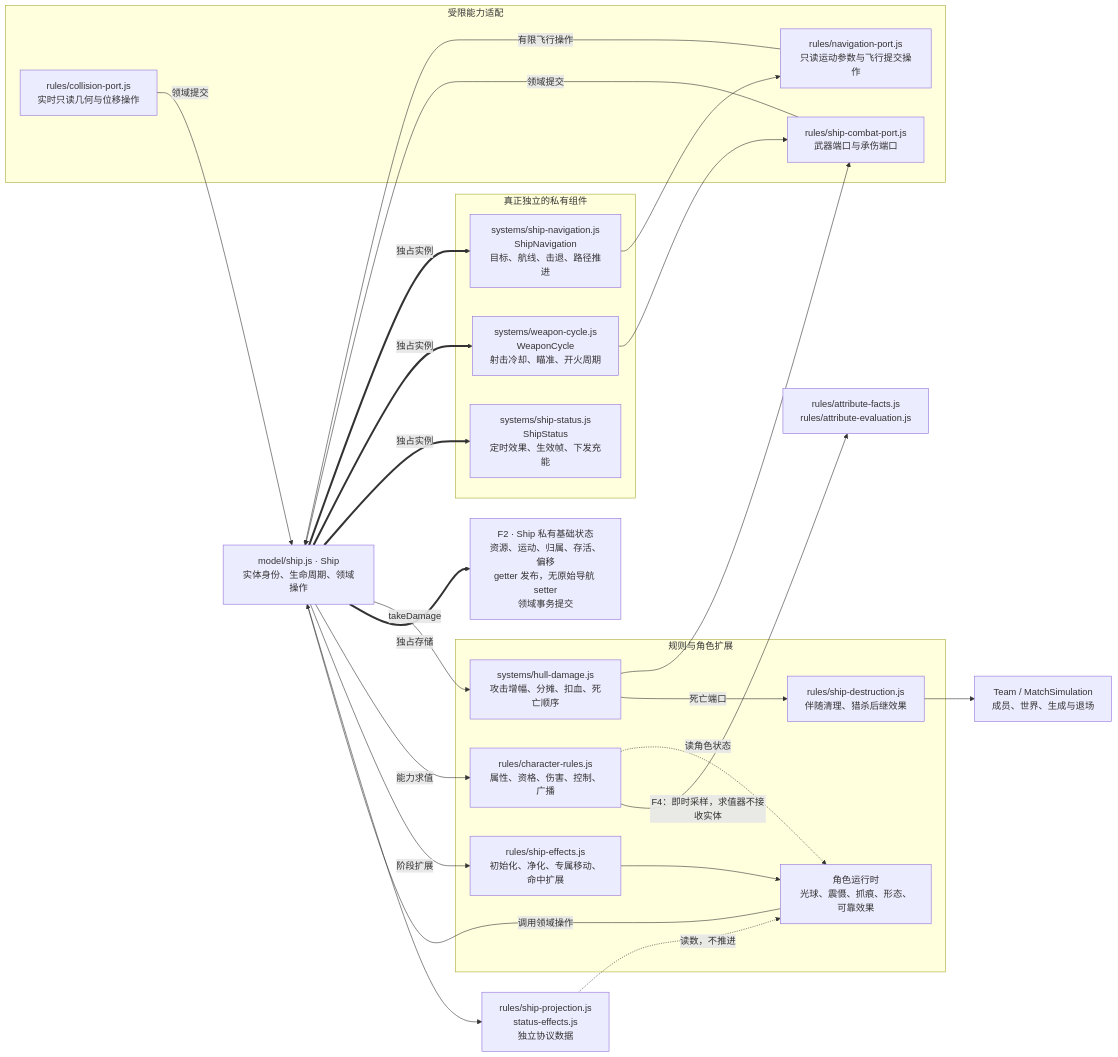
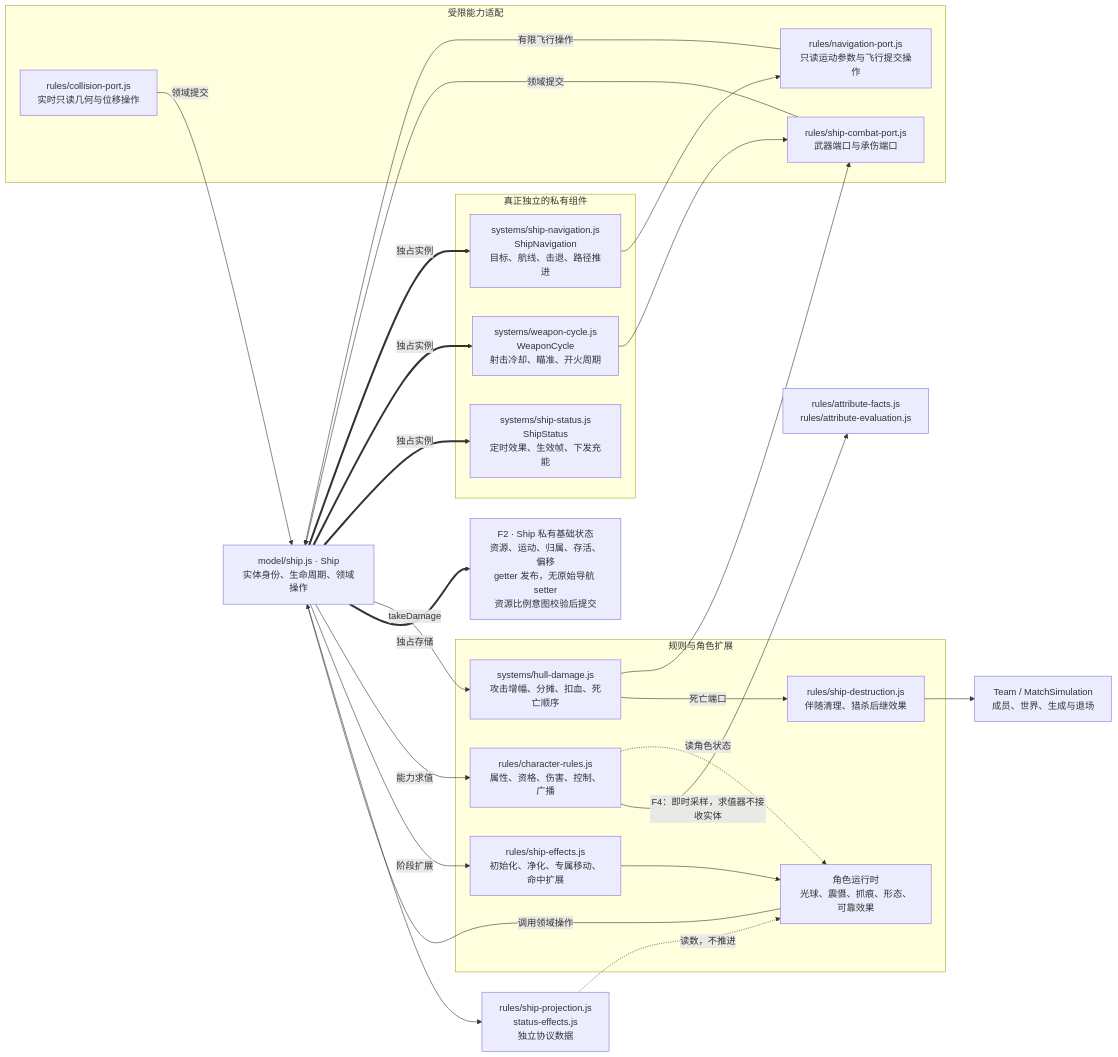
Before and after one commit to Haruhi-Labs/TDOS: the second of 9 diagrams in docs/architecture-map.md, drawn with Mermaid. The commit also changed other lines of this file and 4 other files, not shown here.

Commit message:
docs(architecture): 更新四项重构架构图与完整验收证据

````diff
--- a/docs/architecture-map.md
+++ b/docs/architecture-map.md
@@ -84,43 +84,43 @@
 ```mermaid
 flowchart LR
   S["model/ship.js · Ship<br/>实体身份、生命周期、领域操作"]
   subgraph owned[真正独立的私有组件]
     N["systems/ship-navigation.js<br/>ShipNavigation<br/>目标、航线、击退、路径推进"]
     W["systems/weapon-cycle.js<br/>WeaponCycle<br/>射击冷却、瞄准、开火周期"]
     ST["systems/ship-status.js<br/>ShipStatus<br/>定时效果、生效帧、下发充能"]
   end
   subgraph ports[受限能力适配]
     NP["rules/navigation-port.js<br/>只读运动参数与飞行提交操作"]
     CP["rules/ship-combat-port.js<br/>武器端口与承伤端口"]
     COL["rules/collision-port.js<br/>实时只读几何与位移操作"]
   end
   subgraph rules[规则与角色扩展]
     HD["systems/hull-damage.js<br/>攻击增幅、分摊、扣血、死亡顺序"]
     CR["rules/character-rules.js<br/>属性、资格、伤害、控制、广播"]
     SE["rules/ship-effects.js<br/>初始化、净化、专属移动、命中扩展"]
     DEST["rules/ship-destruction.js<br/>伴随清理、猎杀后继效果"]
     ROLE["角色运行时<br/>光球、震慑、抓痕、形态、可靠效果"]
   end
-  PUB["F2 · Ship 私有基础状态<br/>资源、运动、归属、存活、偏移<br/>getter 发布，无原始导航 setter<br/>领域事务提交"]
+  PUB["F2 · Ship 私有基础状态<br/>资源、运动、归属、存活、偏移<br/>getter 发布，无原始导航 setter<br/>资源比例意图校验后提交"]
   PROJ["rules/ship-projection.js<br/>status-effects.js<br/>独立协议数据"]
   TEAM["Team / MatchSimulation<br/>成员、世界、生成与退场"]
   S ==>|独占实例| N & W & ST
   N --> NP
   NP -->|有限飞行操作| S
   W --> CP
   S -->|takeDamage| HD
   HD --> CP
   CP -->|领域提交| S
   COL -->|领域提交| S
   S ==>|独占存储| PUB
   S -->|能力求值| CR
   S -->|阶段扩展| SE
   SE --> ROLE
   CR -.->|读角色状态| ROLE
   CR -->|F4：即时采样，求值器不接收实体| FACTS["rules/attribute-facts.js<br/>rules/attribute-evaluation.js"]
   ROLE -->|调用领域操作| S
   HD -->|死亡端口| DEST
   DEST --> TEAM
   S --> PROJ
   PROJ -.->|读数，不推进| ROLE
 ```
````
